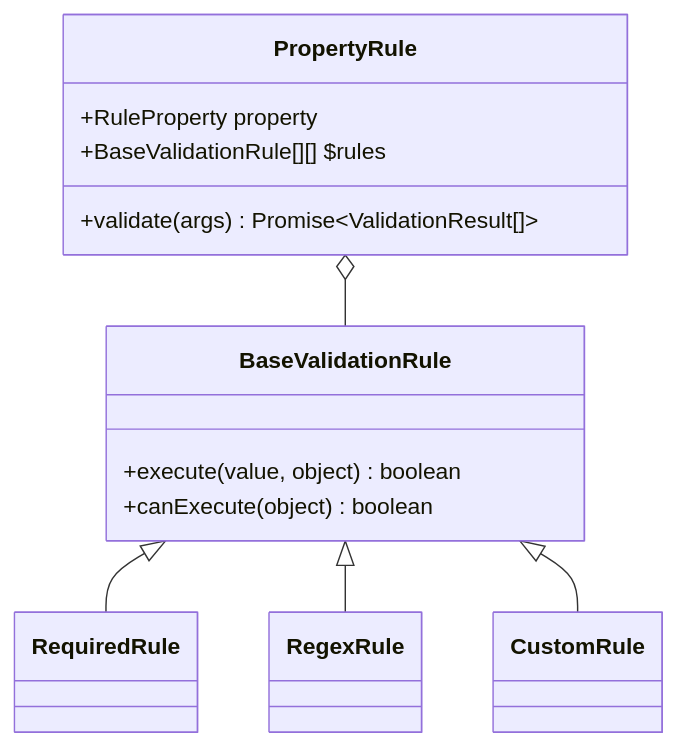
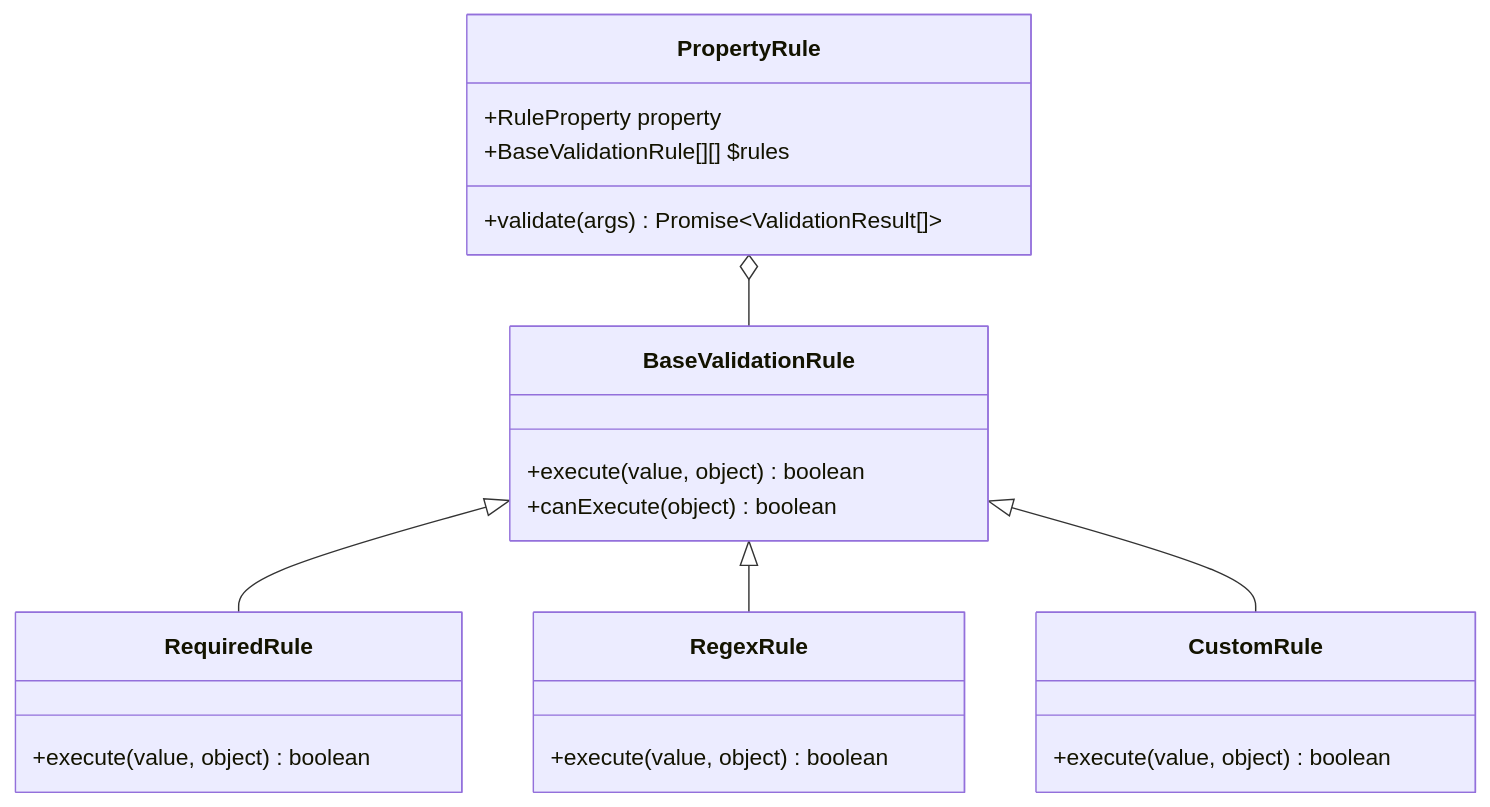
One commit to aurelia/aurelia changed the diagram in docs/mermaid-src/validation/class-rules.mmd. Above: the diagram before and after it, drawn with Mermaid. The commit also changed 6 other files, not shown here.

Commit message:
docs(validation): cache for mermaid

```diff
--- a/docs/mermaid-src/validation/class-rules.mmd
+++ b/docs/mermaid-src/validation/class-rules.mmd
@@ -1,21 +1,24 @@
 classDiagram
   BaseValidationRule <|-- RequiredRule
   BaseValidationRule <|-- RegexRule
   BaseValidationRule <|-- CustomRule
   PropertyRule o-- BaseValidationRule
 
   class PropertyRule {
     +RuleProperty property
     +BaseValidationRule[][] $rules
     +validate(args) Promise~ValidationResult[]~
   }
   class BaseValidationRule {
     +execute(value, object) boolean
     +canExecute(object) boolean
   }
   class RequiredRule {
+    +execute(value, object) boolean
   }
   class RegexRule {
+    +execute(value, object) boolean
   }
   class CustomRule {
+    +execute(value, object) boolean
   }
```
